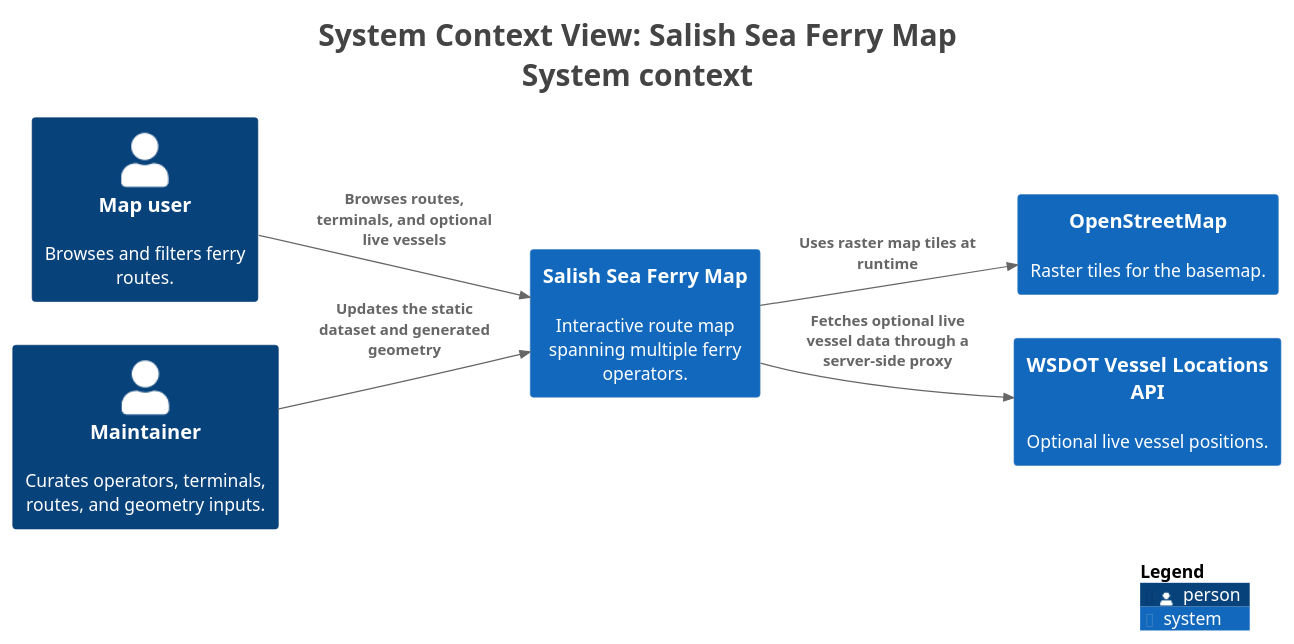
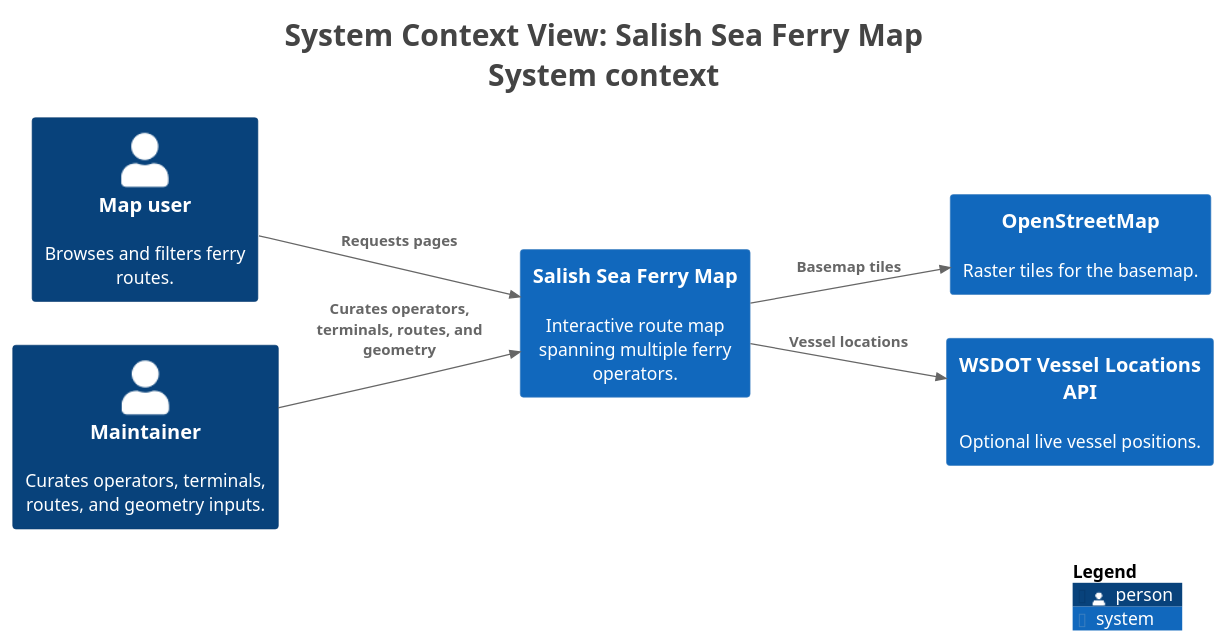
Before and after one commit to ivanoats/Salish-Sea-Ferry-Map: the diagram in docs/architecture/generated/plantuml/structurizr-system-context.puml, drawn with PlantUML. The commit also changed 11 other files, not shown here.

```diff
--- a/docs/architecture/generated/plantuml/structurizr-system-context.puml
+++ b/docs/architecture/generated/plantuml/structurizr-system-context.puml
@@ -1,30 +1,30 @@
 @startuml
 title <size:24>System Context View: Salish Sea Ferry Map</size>\n<size:24>System context</size>
 
 set separator none
 left to right direction
 
 <style>
   root {
     BackgroundColor: #ffffff
     FontColor: #444444
   }
 </style>
 
 !include <C4/C4>
 !include <C4/C4_Context>
 
 Person(Mapuser, "Map user", $descr="Browses and filters ferry routes.", $tags="", $link="")
 Person(Maintainer, "Maintainer", $descr="Curates operators, terminals, routes, and geometry inputs.", $tags="", $link="")
 System(OpenStreetMap, "OpenStreetMap", $descr="Raster tiles for the basemap.", $tags="", $link="")
 System(WSDOTVesselLocationsAPI, "WSDOT Vessel Locations API", $descr="Optional live vessel positions.", $tags="", $link="")
 System(SalishSeaFerryMap, "Salish Sea Ferry Map", $descr="Interactive route map spanning multiple ferry operators.", $tags="", $link="")
 
-Rel(Mapuser, SalishSeaFerryMap, "Browses routes, terminals, and optional live vessels", $techn="", $tags="", $link="")
-Rel(Maintainer, SalishSeaFerryMap, "Updates the static dataset and generated geometry", $techn="", $tags="", $link="")
-Rel(SalishSeaFerryMap, OpenStreetMap, "Uses raster map tiles at runtime", $techn="", $tags="", $link="")
-Rel(SalishSeaFerryMap, WSDOTVesselLocationsAPI, "Fetches optional live vessel data through a server-side proxy", $techn="", $tags="", $link="")
+Rel(Mapuser, SalishSeaFerryMap, "Requests pages", $techn="", $tags="", $link="")
+Rel(Maintainer, SalishSeaFerryMap, "Curates operators, terminals, routes, and geometry", $techn="", $tags="", $link="")
+Rel(SalishSeaFerryMap, WSDOTVesselLocationsAPI, "Vessel locations", $techn="", $tags="", $link="")
+Rel(SalishSeaFerryMap, OpenStreetMap, "Basemap tiles", $techn="", $tags="", $link="")
 
 SHOW_LEGEND(true)
 hide stereotypes
 @enduml
```
